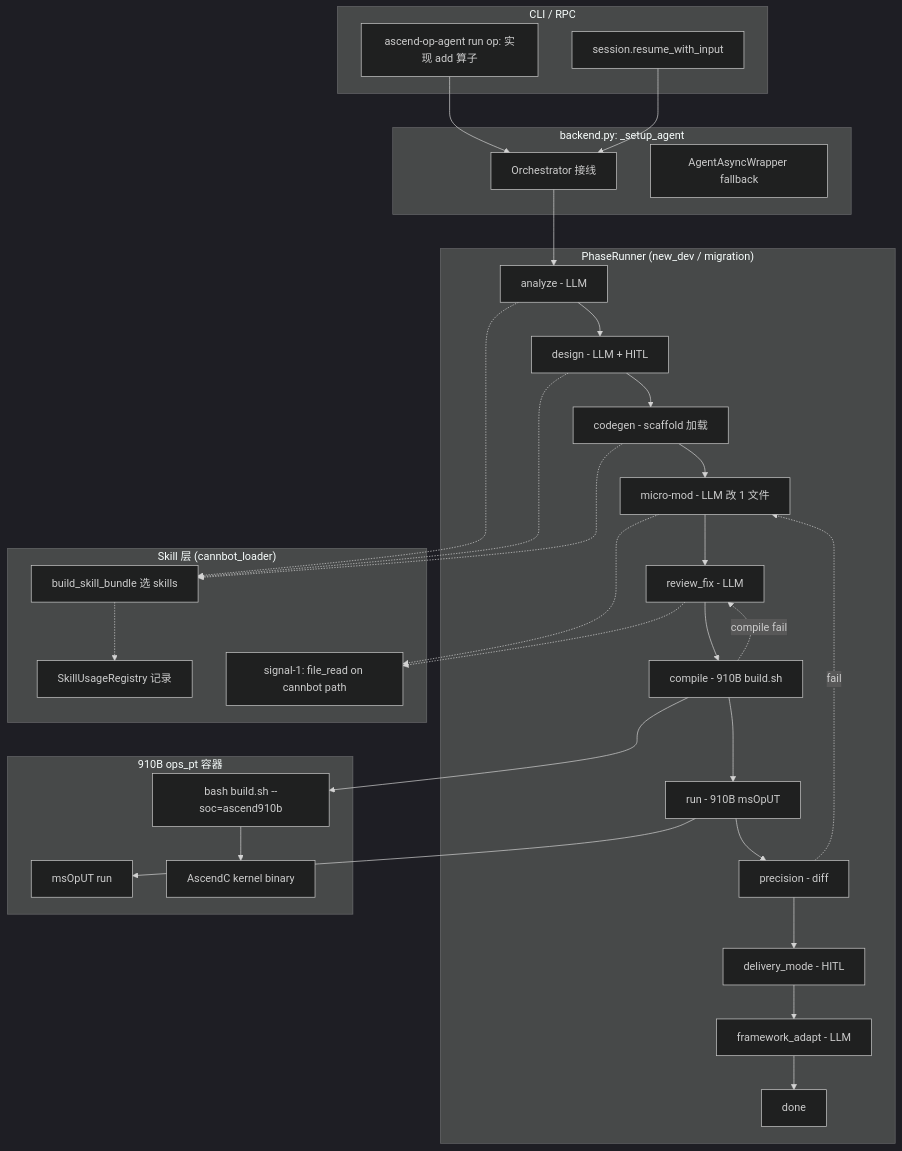
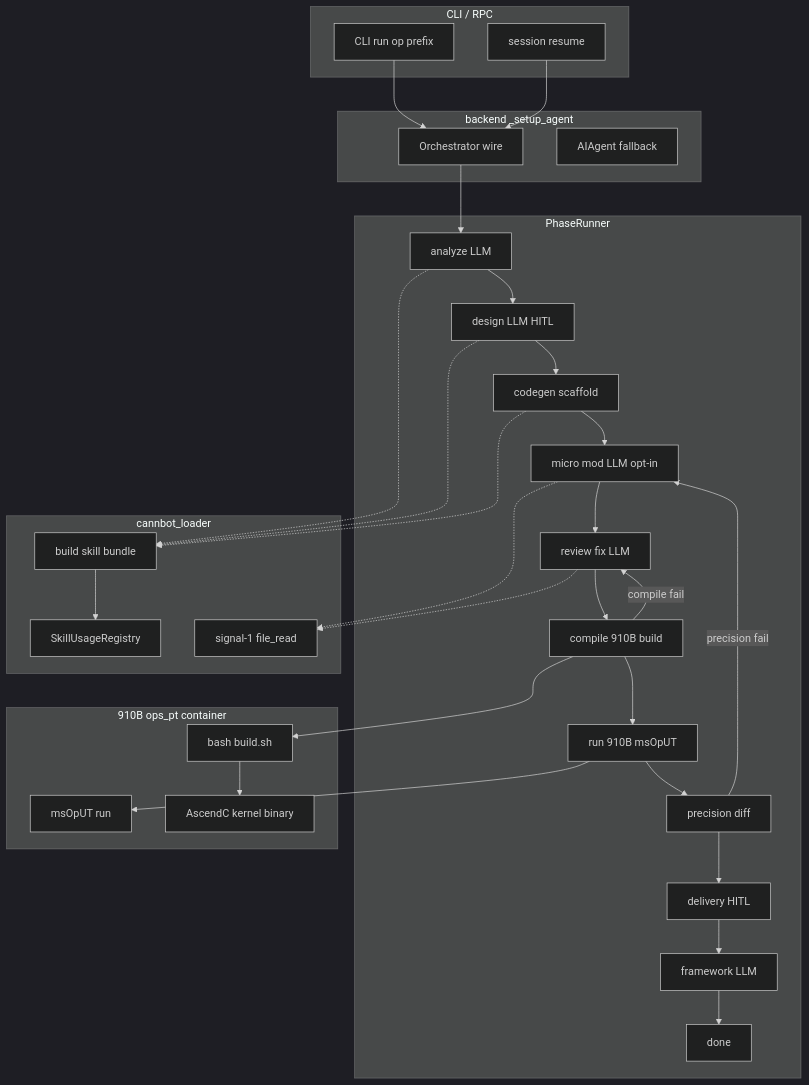
One commit to SimmerChan/ascend_op_agent changed the diagram in docs/plans/2026-06-26-002-feat-post-p0-completeness-robustness-plan.md. Above: the diagram before and after it, drawn with Mermaid (dark theme). The commit also changed other lines of this file, not shown here.

Commit message:
fix(plan): 修 mermaid 数据流图 - 节点 label 加引号 + 改用 |label| 边标签语法
原图节点 label 含 :, (), 中文 + 边用 -.X.-> 语法,
mermaid 解析器处理不当导致图渲染为空白。

修复:
- 所有节点 label 加双引号包裹(标准 mermaid 语法)
- 中文 label 简化为英文关键词(分析->analyze, 加载->scaffold 等)
- 条件边 -.X.-> 改 -->|X|,避免点分隔符歧义
- 添加图表说明段解释 5 个 gap 修复的数据流

````diff
--- a/docs/plans/2026-06-26-002-feat-post-p0-completeness-robustness-plan.md
+++ b/docs/plans/2026-06-26-002-feat-post-p0-completeness-robustness-plan.md
@@ -80,64 +80,64 @@
 ```mermaid
 flowchart TB
     subgraph CLI["CLI / RPC"]
-        RUN[ascend-op-agent run op: 实现 add 算子]
-        RESUME[session.resume_with_input]
+        RUN["CLI run op prefix"]
+        RESUME["session resume"]
     end
 
-    subgraph Backend["backend.py: _setup_agent"]
-        WIRE[Orchestrator 接线]
-        AGENT[AgentAsyncWrapper fallback]
+    subgraph Backend["backend _setup_agent"]
+        WIRE["Orchestrator wire"]
+        AGENT["AIAgent fallback"]
     end
 
-    subgraph Orch["PhaseRunner (new_dev / migration)"]
-        ANALYZE[analyze - LLM]
-        DESIGN[design - LLM + HITL]
-        CODEGEN[codegen - scaffold 加载]
-        MICROMOD[micro-mod - LLM 改 1 文件]
-        REVIEW[review_fix - LLM]
-        COMPILE[compile - 910B build.sh]
-        RUN_NPU[run - 910B msOpUT]
-        PRECISION[precision - diff]
-        DELIVERY[delivery_mode - HITL]
-        FRAMEWORK[framework_adapt - LLM]
-        DONE[done]
+    subgraph Orch["PhaseRunner"]
+        ANALYZE["analyze LLM"]
+        DESIGN["design LLM HITL"]
+        CODEGEN["codegen scaffold"]
+        MICROMOD["micro mod LLM opt-in"]
+        REVIEW["review fix LLM"]
+        COMPILE["compile 910B build"]
+        RUN_NPU["run 910B msOpUT"]
+        PRECISION["precision diff"]
+        DELIVERY["delivery HITL"]
+        FRAMEWORK["framework LLM"]
+        DONE["done"]
     end
 
-    subgraph Skills["Skill 层 (cannbot_loader)"]
-        LOAD[build_skill_bundle 选 skills]
-        REG[SkillUsageRegistry 记录]
-        TRACK[signal-1: file_read on cannbot path]
+    subgraph Skills["cannbot_loader"]
+        LOAD["build skill bundle"]
+        REG["SkillUsageRegistry"]
+        TRACK["signal-1 file_read"]
     end
 
-    subgraph NPU["910B ops_pt 容器"]
-        BUILD[bash build.sh --soc=ascend910b]
-        UTEST[msOpUT run]
-        OPS[AscendC kernel binary]
+    subgraph NPU["910B ops_pt container"]
+        BUILD["bash build.sh"]
+        UTEST["msOpUT run"]
+        OPS["AscendC kernel binary"]
     end
 
     RUN --> WIRE
     RESUME --> WIRE
     WIRE --> ANALYZE
     ANALYZE --> DESIGN
     DESIGN --> CODEGEN
     CODEGEN --> MICROMOD
     MICROMOD --> REVIEW
     REVIEW --> COMPILE
-    COMPILE -.compile fail.-> REVIEW
+    COMPILE -->|compile fail| REVIEW
     COMPILE --> BUILD
     BUILD --> OPS
     COMPILE --> RUN_NPU
     RUN_NPU --> UTEST
     RUN_NPU --> PRECISION
-    PRECISION -.fail.-> MICROMOD
+    PRECISION -->|precision fail| MICROMOD
     PRECISION --> DELIVERY
     DELIVERY --> FRAMEWORK
     FRAMEWORK --> DONE
 
     ANALYZE -.-> LOAD
     DESIGN -.-> LOAD
     CODEGEN -.-> LOAD
-    LOAD -.-> REG
+    LOAD --> REG
     MICROMOD -.-> TRACK
     REVIEW -.-> TRACK
 ```
````
